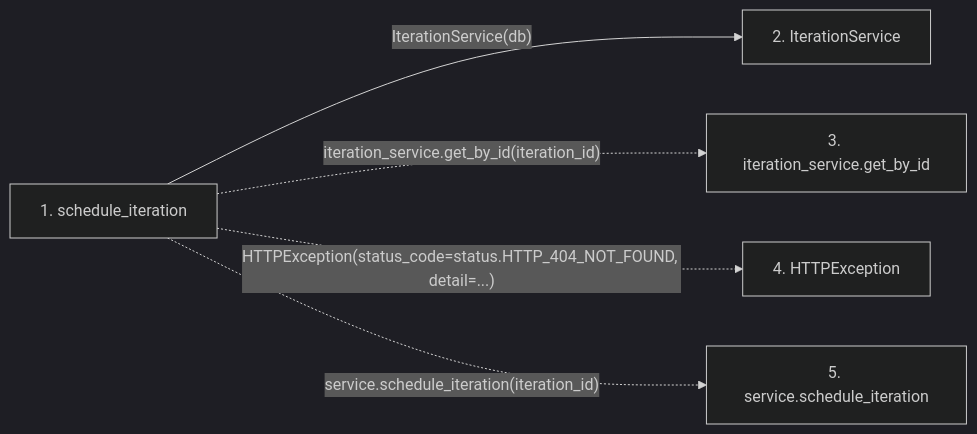
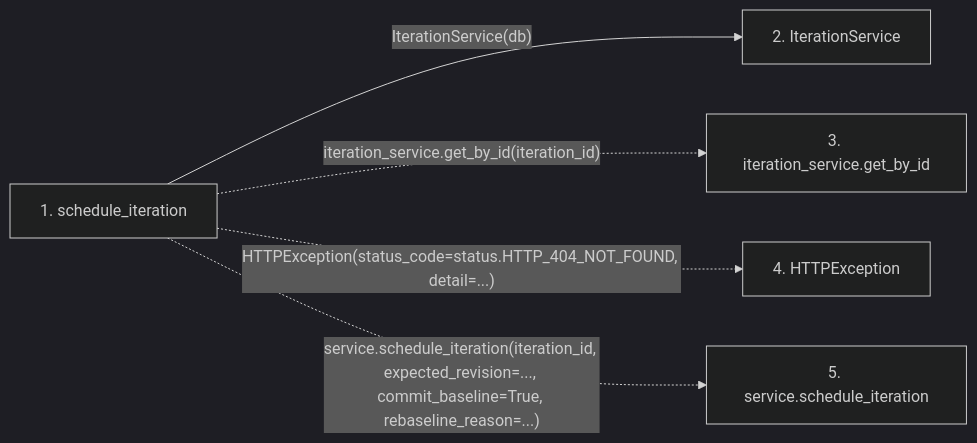
One commit to Denissvgn/WorkChord changed the second of 2 diagrams in docs/llm_wiki/flows/http-schedule_iteration.md. Above: the diagram before and after it, drawn with Mermaid (dark theme). The commit also changed other lines of this file and 958 other files, not shown here.

First line of the commit message:
docs(wiki): refresh identity and recovery architecture

````diff
--- a/docs/llm_wiki/flows/http-schedule_iteration.md
+++ b/docs/llm_wiki/flows/http-schedule_iteration.md
@@ -26,14 +26,14 @@
 ```mermaid
 flowchart LR
     s1["1. schedule_iteration"]
     s2["2. IterationService"]
     s3["3. iteration_service.get_by_id"]
     s4["4. HTTPException"]
     s5["5. service.schedule_iteration"]
     s1 -->|"IterationService(db)"| s2
     s1 -. "iteration_service.get_by_id(iteration_id)" .-> s3
     s1 -. "HTTPException(status_code=status.HTTP_404_NOT_FOUND, detail=...)" .-> s4
-    s1 -. "service.schedule_iteration(iteration_id)" .-> s5
+    s1 -. "service.schedule_iteration(iteration_id, expected_revision=..., commit_baseline=True, rebaseline_reason=...)" .-> s5
     click s1 "../modules/routers_gantt.md"
     click s2 "../modules/iteration_service.md"
 ```
````
